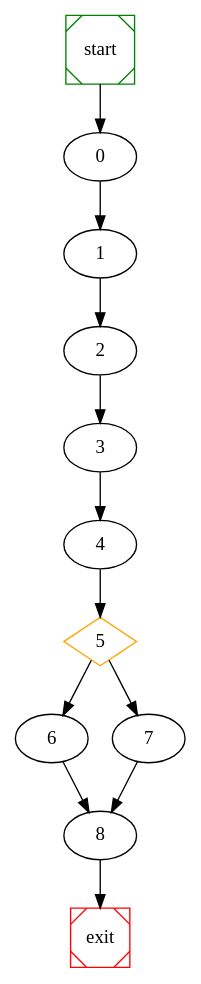
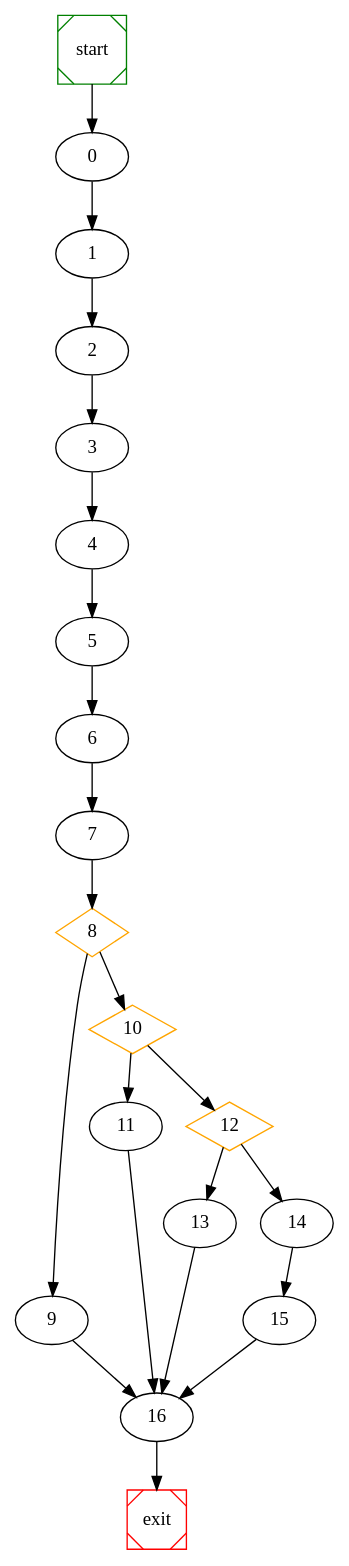
One commit to NabeelQaiser/BTP_2k18-19 changed the diagram in cnf/raw_graph.dot. Above: the diagram before and after it, drawn with Graphviz. The commit also changed 3 other files, not shown here.

```diff
--- a/cnf/raw_graph.dot
+++ b/cnf/raw_graph.dot
@@ -1,19 +1,31 @@
 # dot file created at runtime
 
 digraph G {
 	start -> 0;
 	0 -> 1 ;
 	1 -> 2 ;
 	2 -> 3 ;
 	3 -> 4 ;
-	5 [shape=diamond, color=orange] ;
+	4 -> 5 ;
 	5 -> 6 ;
-	5 -> 7 ;
-	4 -> 5 ;
+	6 -> 7 ;
+	8 [shape=diamond, color=orange] ;
+	8 -> 9 ;
+	10 [shape=diamond, color=orange] ;
+	8 -> 10 ;
+	10 -> 11 ;
+	12 [shape=diamond, color=orange] ;
+	10 -> 12 ;
+	12 -> 13 ;
+	14 -> 15 ;
+	12 -> 14 ;
 	7 -> 8 ;
-	6 -> 8 ;
-	8 -> exit;
+	13 -> 16 ;
+	9 -> 16 ;
+	15 -> 16 ;
+	11 -> 16 ;
+	16 -> exit;
 
 	start [shape=Msquare, color=green];
 	exit [shape=Msquare, color=red];
 }
```
